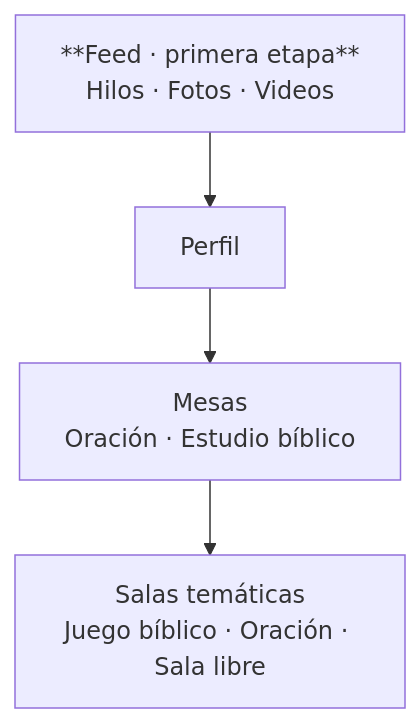
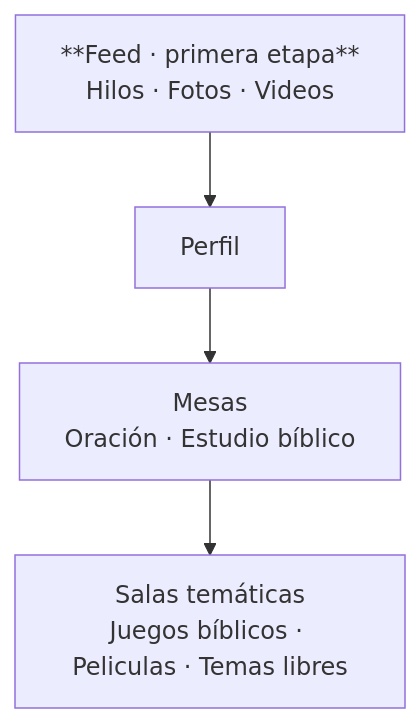
Before and after one commit to IsaacToDv/FraterChrist.org: the first of 2 diagrams in README.md, drawn with Mermaid. The commit also changed other lines of this file, not shown here.

```diff
--- a/README.md
+++ b/README.md
@@ -33,9 +33,9 @@
 ~~~mermaid
 flowchart TD
     Feed["**Feed · primera etapa**<br/>Hilos · Fotos · Videos"]
     Profile["Perfil"]
     Tables["Mesas<br/>Oración · Estudio bíblico"]
-    Rooms["Salas temáticas<br/>Juego bíblico · Oración · Sala libre"]
+    Rooms["Salas temáticas<br/>Juegos bíblicos · Peliculas · Temas libres"]
 
     Feed --> Profile --> Tables --> Rooms
 ~~~
```
